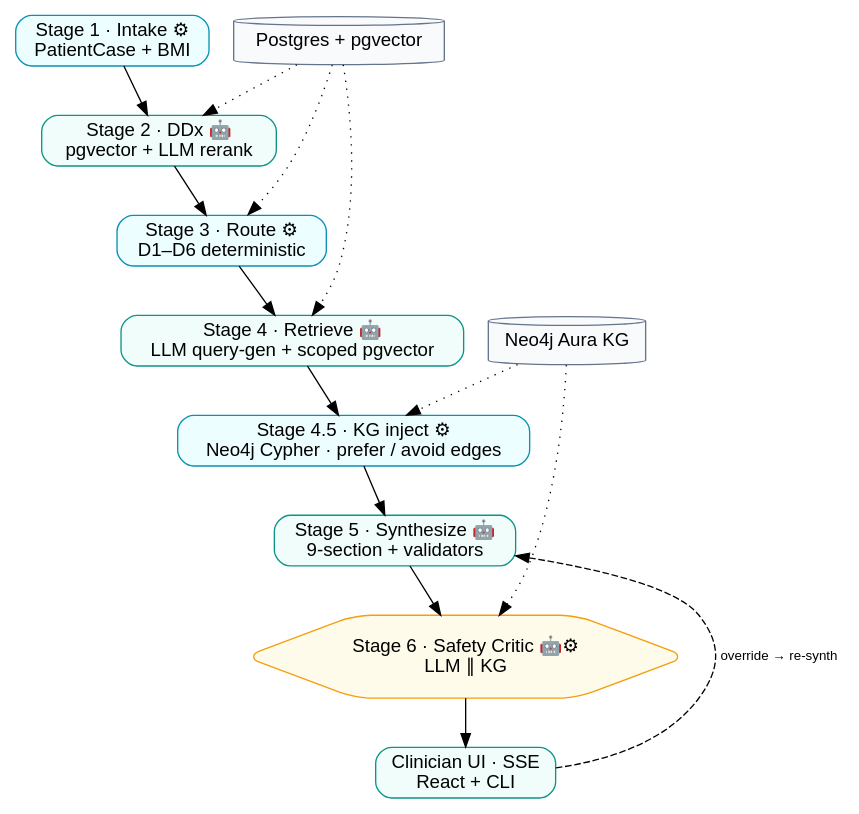
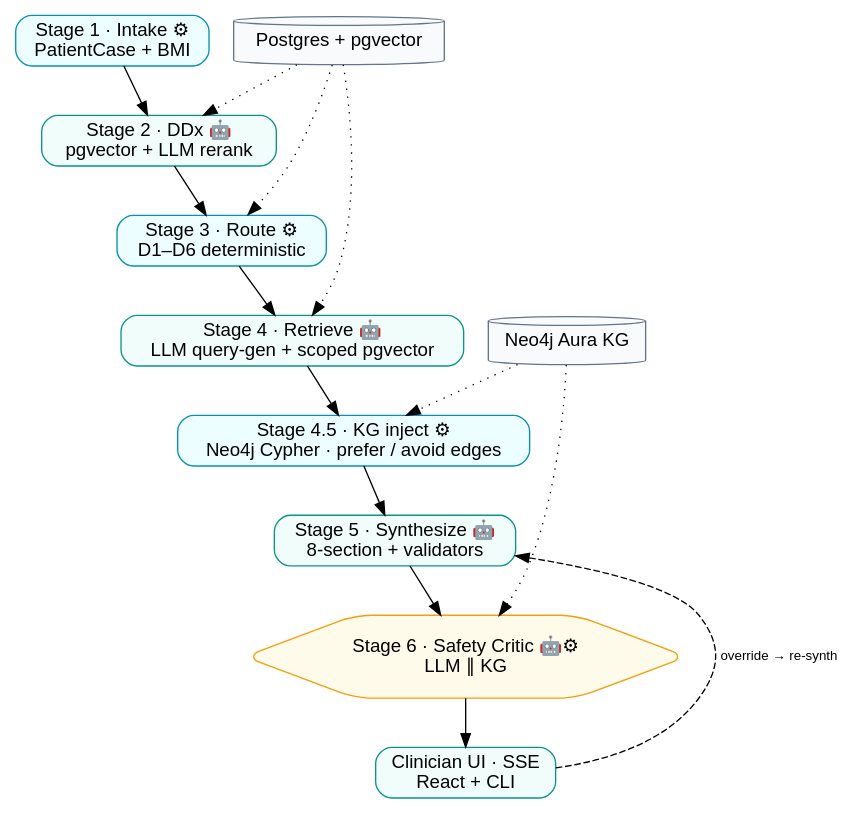
One commit to itznotpk/CPG-LLM-Agentic-RAG-Knowledge-Graph changed the eighth of 8 diagrams in POSTER_LAYOUT.md. Above: the diagram before and after it, drawn with Graphviz. The commit also changed other lines of this file and 13 other files, not shown here.

Commit message:
Update Doctor UI components, refactor Supabase schema for vitals and severity, remove patient education, and update documentation

````diff
--- a/POSTER_LAYOUT.md
+++ b/POSTER_LAYOUT.md
@@ -1108,25 +1108,25 @@
 ```dot
 digraph clearpath {
     rankdir=TB;
     node [shape=box, style="rounded,filled", fontname="Helvetica", color="#0d9488", fillcolor="#f0fdfa"];
     edge [fontname="Helvetica", fontsize=10];
 
     // teal fill = 🤖 LLM step; cyan fill = ⚙ deterministic; amber = safety-critic agent
     s1 [label="Stage 1 · Intake ⚙\nPatientCase + BMI", color="#0891b2", fillcolor="#ecfeff"];
     s2 [label="Stage 2 · DDx 🤖\npgvector + LLM rerank"];
     s3 [label="Stage 3 · Route ⚙\nD1–D6 deterministic", color="#0891b2", fillcolor="#ecfeff"];
     s4 [label="Stage 4 · Retrieve 🤖\nLLM query-gen + scoped pgvector"];
     s45 [label="Stage 4.5 · KG inject ⚙\nNeo4j Cypher · prefer / avoid edges", color="#0891b2", fillcolor="#ecfeff"];
-    s5 [label="Stage 5 · Synthesize 🤖\n9-section + validators"];
+    s5 [label="Stage 5 · Synthesize 🤖\n8-section + validators"];
     s6 [label="Stage 6 · Safety Critic 🤖⚙\nLLM ∥ KG", color="#f59e0b", fillcolor="#fffbeb", shape=hexagon];
     ui [label="Clinician UI · SSE\nReact + CLI"];
 
     pg [label="Postgres + pgvector", shape=cylinder, color="#64748b", fillcolor="#f8fafc"];
     kg [label="Neo4j Aura KG", shape=cylinder, color="#64748b", fillcolor="#f8fafc"];
 
     s1 -> s2 -> s3 -> s4 -> s45 -> s5 -> s6 -> ui;
     ui -> s5 [label="override → re-synth", style=dashed, constraint=false];
     pg -> s2 [style=dotted]; pg -> s3 [style=dotted]; pg -> s4 [style=dotted];
     kg -> s45 [style=dotted]; kg -> s6 [style=dotted];
 }
 ```
````
